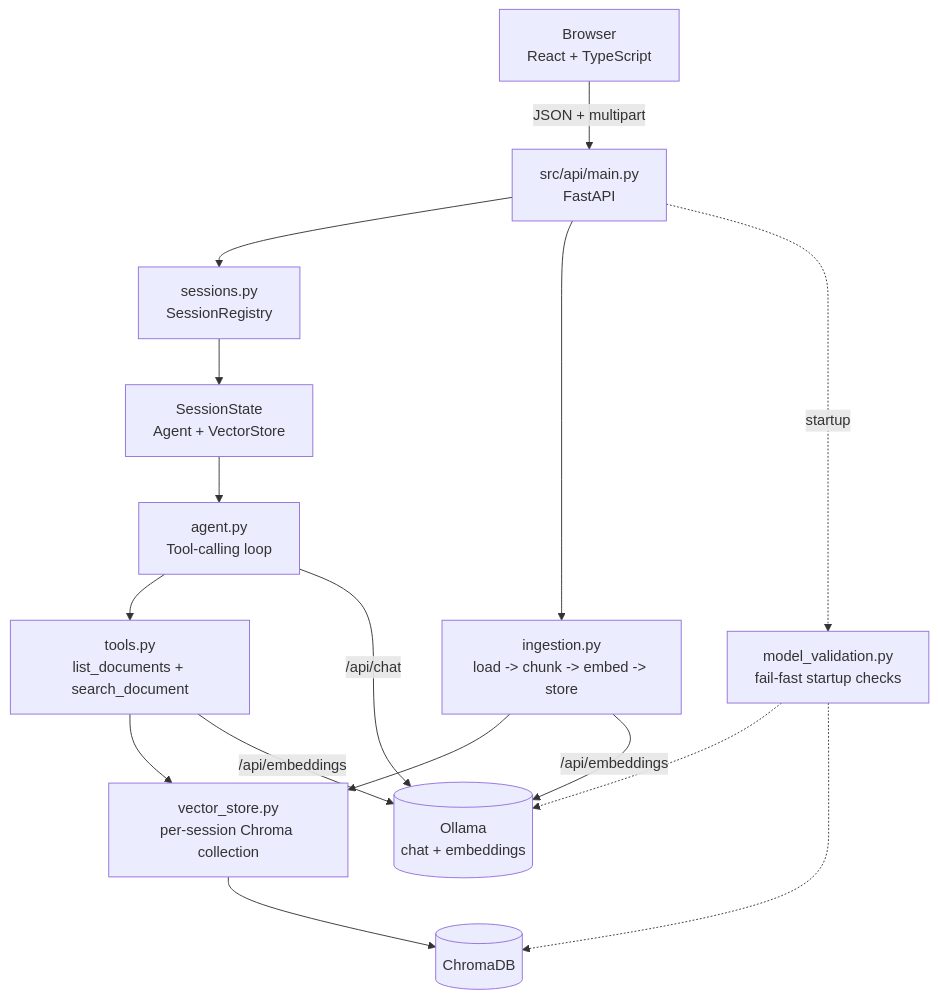
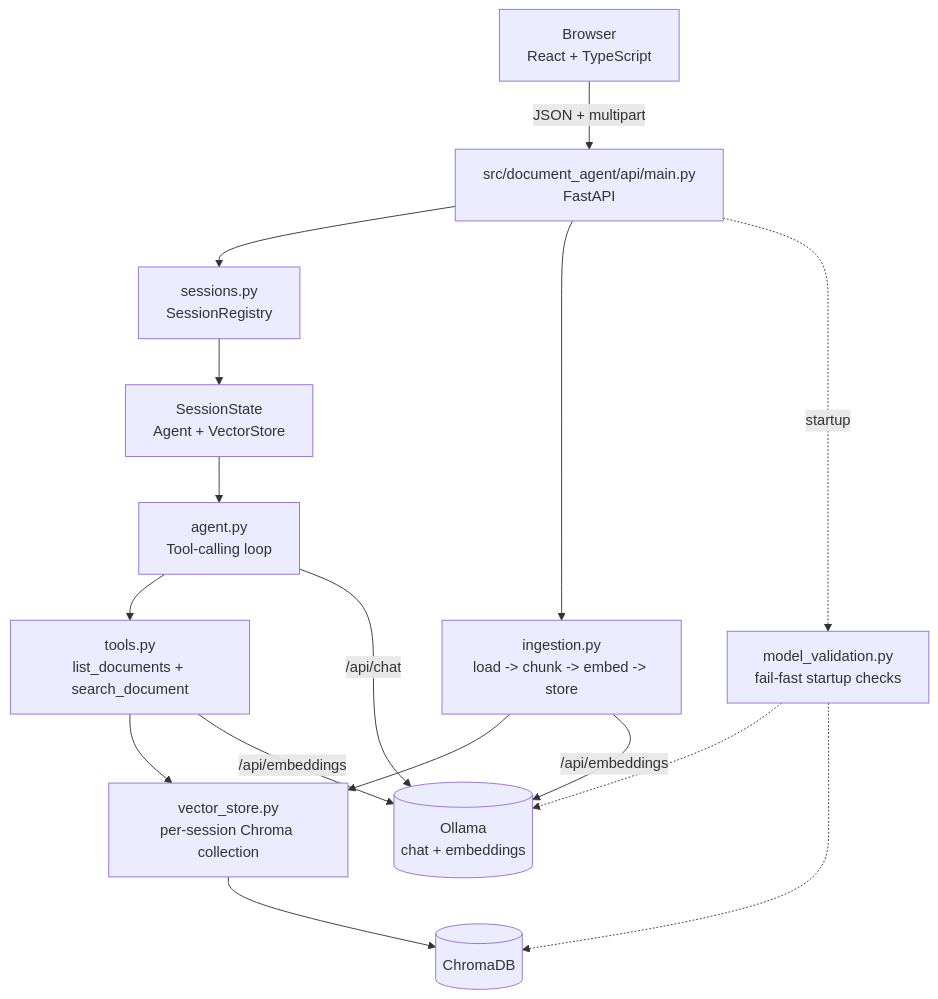
One commit to thisismayuresh/rag-document changed the first of 3 diagrams in README.md. Above: the diagram before and after it, drawn with Mermaid. The commit also changed other lines of this file and 2 other files, not shown here.

````diff
--- a/README.md
+++ b/README.md
@@ -36,30 +36,30 @@
 ```mermaid
 flowchart TB
     Browser[Browser\nReact + TypeScript]
-    API[src/api/main.py\nFastAPI]
+    API[src/document_agent/api/main.py\nFastAPI]
     Registry[sessions.py\nSessionRegistry]
     Session[SessionState\nAgent + VectorStore]
     Agent[agent.py\nTool-calling loop]
     Tools[tools.py\nlist_documents + search_document]
     Ingest[ingestion.py\nload -> chunk -> embed -> store]
     Store[vector_store.py\nper-session Chroma collection]
     Validate[model_validation.py\nfail-fast startup checks]
     Ollama[(Ollama\nchat + embeddings)]
     Chroma[(ChromaDB)]
 
     Browser -->|JSON + multipart| API
     API --> Registry
     Registry --> Session
     Session --> Agent
     Agent --> Tools
     Tools --> Store
     API --> Ingest
     Ingest --> Store
     Store --> Chroma
     Agent -->|/api/chat| Ollama
     Tools -->|/api/embeddings| Ollama
     Ingest -->|/api/embeddings| Ollama
     API -.startup.-> Validate
     Validate -.-> Ollama
     Validate -.-> Chroma
 ```
````
